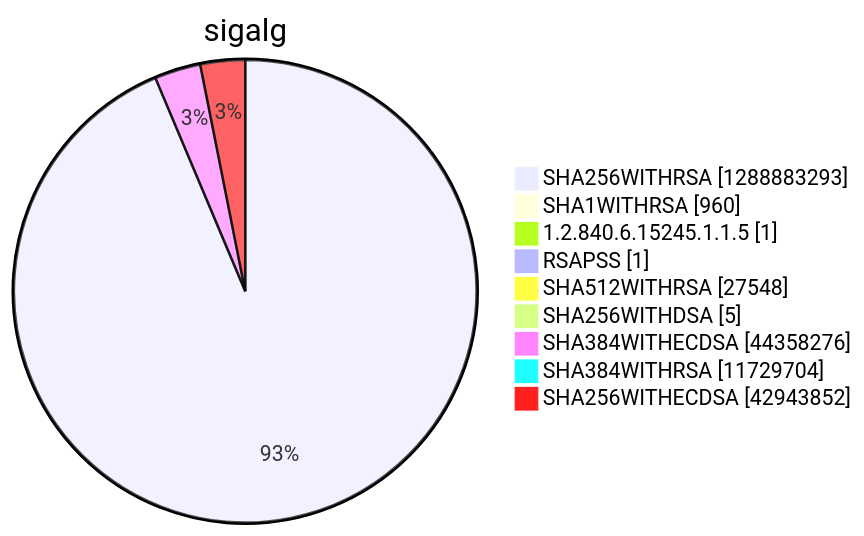
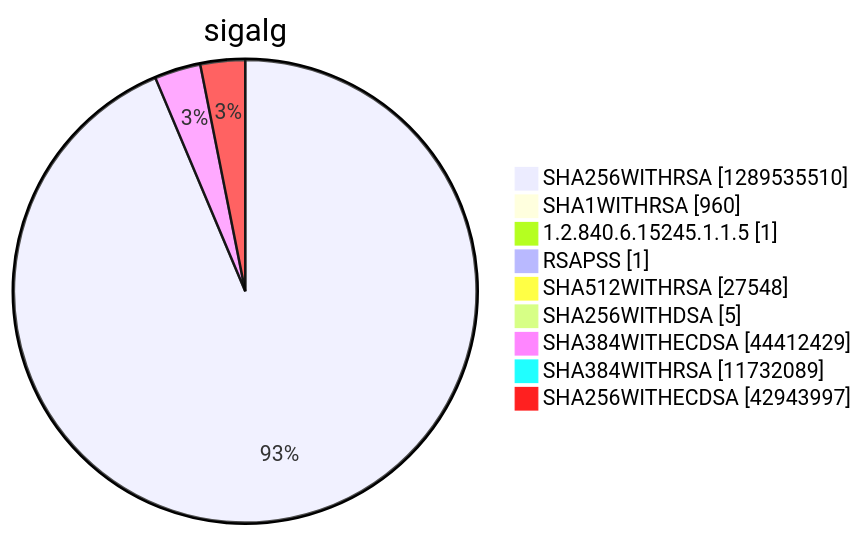
Before and after one commit to christiankrug/ctmonitor_visualization: diagram 15 of 15 in argon2022/README.md, drawn with Mermaid. The commit also changed other lines of this file, not shown here.

````diff
--- a/argon2022/README.md
+++ b/argon2022/README.md
@@ -5523,13 +5523,13 @@
 ```mermaid
 pie showData
 title sigalg
-"SHA256WITHRSA" :1288883293
+"SHA256WITHRSA" :1289535510
 "SHA1WITHRSA" :960
 "1.2.840.6.15245.1.1.5" :1
 "RSAPSS" :1
 "SHA512WITHRSA" :27548
 "SHA256WITHDSA" :5
-"SHA384WITHECDSA" :44358276
-"SHA384WITHRSA" :11729704
-"SHA256WITHECDSA" :42943852
+"SHA384WITHECDSA" :44412429
+"SHA384WITHRSA" :11732089
+"SHA256WITHECDSA" :42943997
 ```
````
